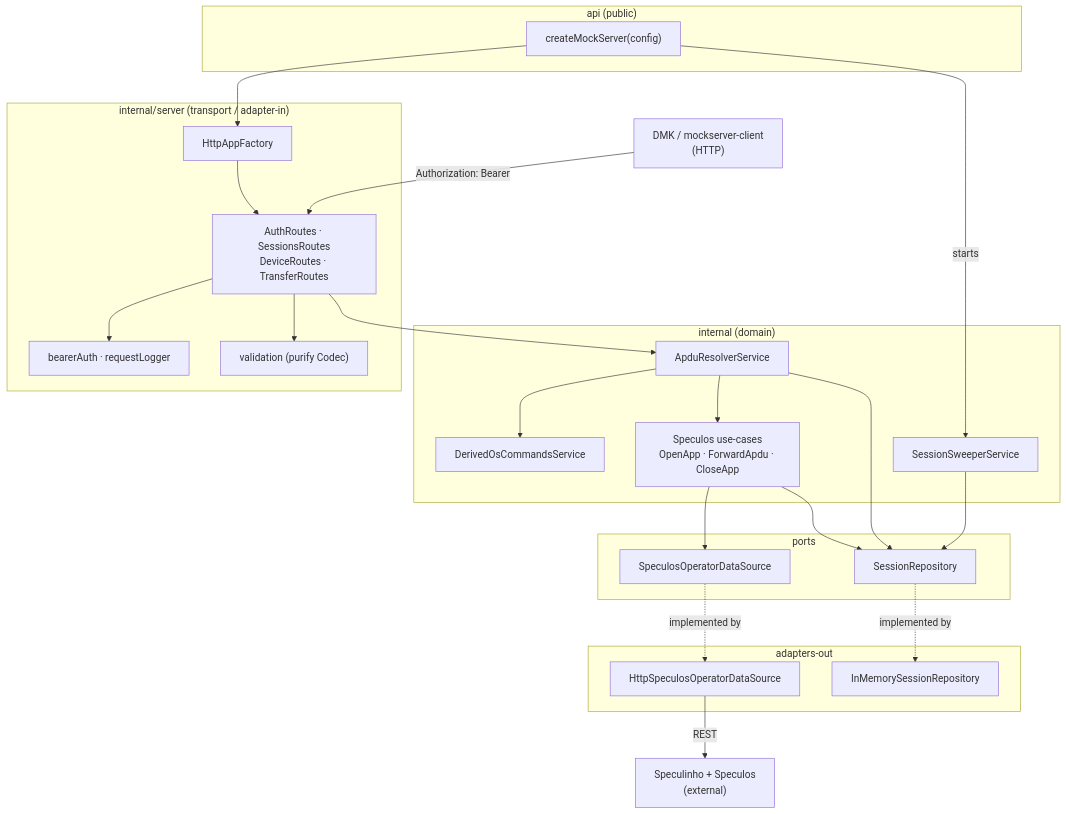
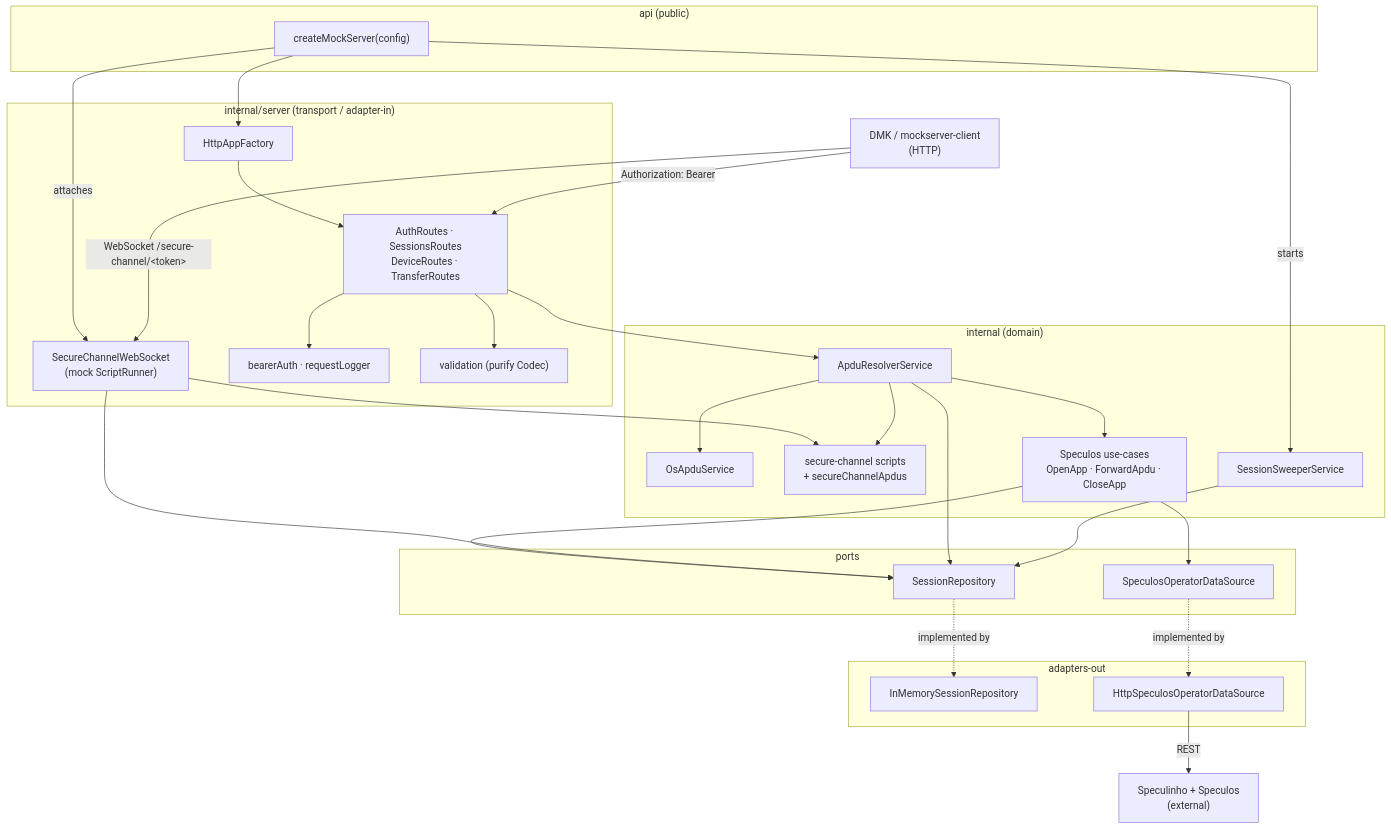
One commit to LedgerHQ/device-sdk-ts changed the first of 4 diagrams in apps/device-mock-server/README.md. Above: the diagram before and after it, drawn with Mermaid. The commit also changed other lines of this file and 25 other files, not shown here.

Commit message:
✨ (mockserver): Add mock secure-channel ws and rename derived module to os

````diff
--- a/apps/device-mock-server/README.md
+++ b/apps/device-mock-server/README.md
@@ -39,50 +41,57 @@
 ```mermaid
 flowchart TB
     client["DMK / mockserver-client<br/>(HTTP)"]
 
     subgraph api["api (public)"]
         createMockServer["createMockServer(config)"]
     end
 
     subgraph transport["internal/server (transport / adapter-in)"]
         httpApp["HttpAppFactory"]
         routes["AuthRoutes · SessionsRoutes<br/>DeviceRoutes · TransferRoutes"]
+        ws["SecureChannelWebSocket<br/>(mock ScriptRunner)"]
         mw["bearerAuth · requestLogger"]
         validation["validation (purify Codec)"]
     end
 
     subgraph domain["internal (domain)"]
         resolver["ApduResolverService"]
-        derived["DerivedOsCommandsService"]
+        os["OsApduService"]
+        scripts["secure-channel scripts<br/>+ secureChannelApdus"]
         sweeper["SessionSweeperService"]
         usecases["Speculos use-cases<br/>OpenApp · ForwardApdu · CloseApp"]
     end
 
     subgraph ports["ports"]
         repoPort["SessionRepository"]
         opPort["SpeculosOperatorDataSource"]
     end
 
     subgraph adapters["adapters-out"]
         repo["InMemorySessionRepository"]
         operator["HttpSpeculosOperatorDataSource"]
     end
 
     speculinho["Speculinho + Speculos<br/>(external)"]
 
     client -->|"Authorization: Bearer"| routes
+    client -->|"WebSocket /secure-channel/&lt;token&gt;"| ws
     createMockServer --> httpApp
+    createMockServer -->|attaches| ws
     createMockServer -->|starts| sweeper
     sweeper --> repoPort
     httpApp --> routes
     routes --> mw & validation
     routes --> resolver
-    resolver --> derived
+    resolver --> os
+    resolver --> scripts
     resolver --> usecases
     resolver --> repoPort
+    ws --> scripts
+    ws --> repoPort
     usecases --> opPort
     usecases --> repoPort
     repoPort -. implemented by .-> repo
     opPort -. implemented by .-> operator
     operator -->|REST| speculinho
 ```
````
